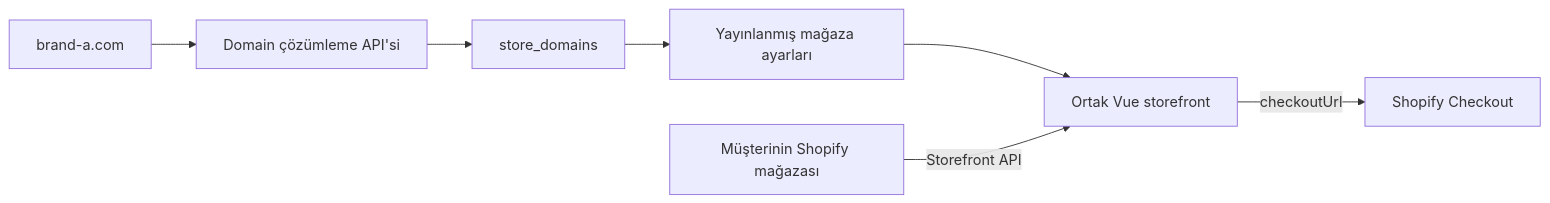
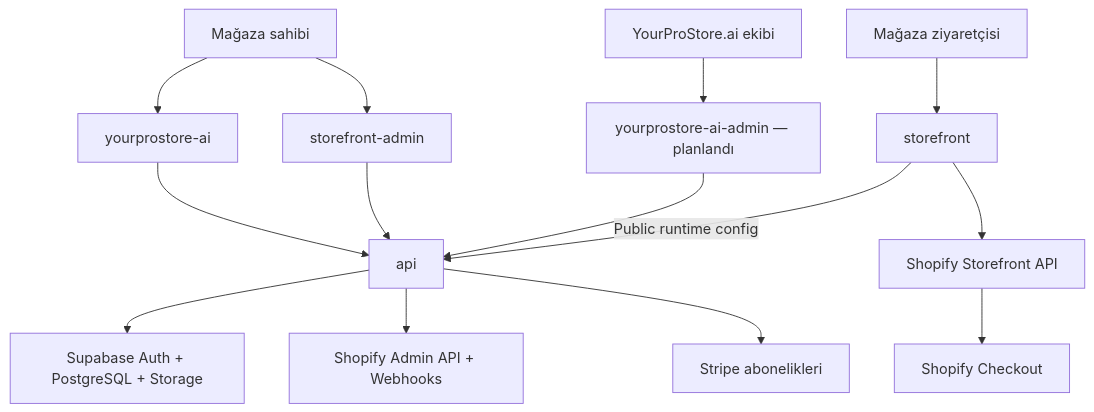
The first of 3 diagrams in docs/system-architecture-tr.md (abdullahucaak/e-commerce-shopify), drawn with Mermaid before and after one commit. The commit also changed other lines of this file and 92 other files, not shown here.

````diff
--- a/docs/system-architecture-tr.md
+++ b/docs/system-architecture-tr.md
@@ -35,9 +54,18 @@
 ```mermaid
-flowchart LR
-    DOMAIN["brand-a.com"] --> API["Domain çözümleme API'si"]
-    API --> MAP["store_domains"]
-    MAP --> CONFIG["Yayınlanmış mağaza ayarları"]
-    CONFIG --> VUE["Ortak Vue storefront"]
-    SHOPIFY["Müşterinin Shopify mağazası"] -->|"Storefront API"| VUE
-    VUE -->|"checkoutUrl"| CHECKOUT["Shopify Checkout"]
+flowchart TB
+    OWNER["Mağaza sahibi"] --> YPS["yourprostore-ai"]
+    OWNER --> SFA["storefront-admin"]
+    TEAM["YourProStore.ai ekibi"] --> YPSA["yourprostore-ai-admin — planlandı"]
+    VISITOR["Mağaza ziyaretçisi"] --> SF["storefront"]
+
+    YPS --> API["api"]
+    SFA --> API
+    YPSA --> API
+    SF -->|"Public runtime config"| API
+
+    API --> SUPABASE["Supabase Auth + PostgreSQL + Storage"]
+    API --> SHOPIFY_ADMIN["Shopify Admin API + Webhooks"]
+    API --> STRIPE["Stripe abonelikleri"]
+    SF --> SHOPIFY_STOREFRONT["Shopify Storefront API"]
+    SHOPIFY_STOREFRONT --> CHECKOUT["Shopify Checkout"]
 ```
````
